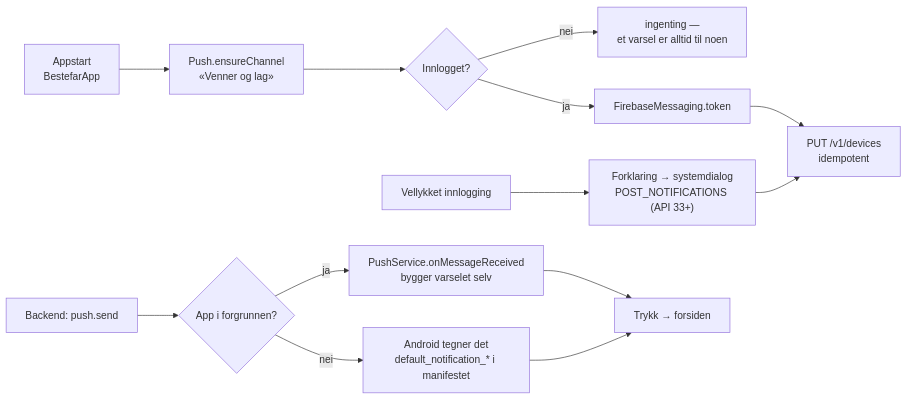
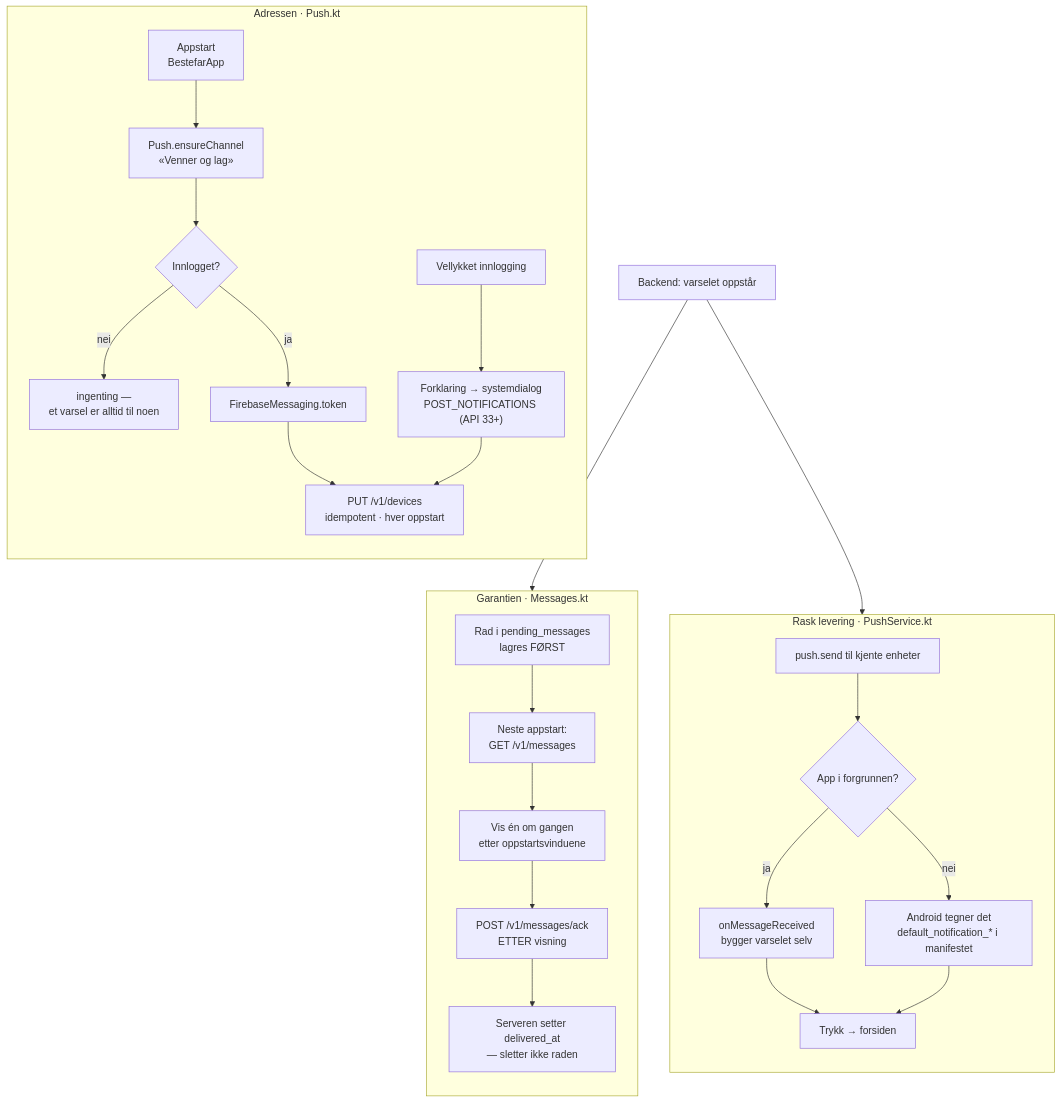
One commit to mrleenudler/bestefar changed the fourth of 4 diagrams in docs/flytskjema.md. Above: the diagram before and after it, drawn with Mermaid. The commit also changed other lines of this file and 15 other files, not shown here.

````diff
--- a/docs/flytskjema.md
+++ b/docs/flytskjema.md
@@ -263,15 +260,33 @@
 ```mermaid
-flowchart LR
-    APP["Appstart<br/>BestefarApp"] --> CH["Push.ensureChannel<br/>«Venner og lag»"]
-    CH --> REG{"Innlogget?"}
-    REG -->|"nei"| NOOP["ingenting —<br/>et varsel er alltid til noen"]
-    REG -->|"ja"| TOK["FirebaseMessaging.token"]
-    TOK --> PUT["PUT /v1/devices<br/>idempotent"]
-    LOGIN["Vellykket innlogging"] --> ASK["Forklaring → systemdialog<br/>POST_NOTIFICATIONS (API 33+)"]
-    ASK --> PUT
-    SRV["Backend: push.send"] --> FG{"App i forgrunnen?"}
-    FG -->|"ja"| SVC["PushService.onMessageReceived<br/>bygger varselet selv"]
-    FG -->|"nei"| SYS["Android tegner det<br/>default_notification_* i manifestet"]
-    SVC --> TAP["Trykk → forsiden"]
-    SYS --> TAP
+flowchart TD
+    subgraph ADR ["Adressen · Push.kt"]
+        direction TB
+        APP["Appstart<br/>BestefarApp"] --> CH["Push.ensureChannel<br/>«Venner og lag»"]
+        CH --> REG{"Innlogget?"}
+        REG -->|"nei"| NOOP["ingenting —<br/>et varsel er alltid til noen"]
+        REG -->|"ja"| TOK["FirebaseMessaging.token"]
+        TOK --> PUT["PUT /v1/devices<br/>idempotent · hver oppstart"]
+        LOGIN["Vellykket innlogging"] --> ASK["Forklaring → systemdialog<br/>POST_NOTIFICATIONS (API 33+)"]
+        ASK --> PUT
+    end
+
+    SRV["Backend: varselet oppstår"] --> KOE["Rad i pending_messages<br/>lagres FØRST"]
+    SRV --> SND["push.send til kjente enheter"]
+
+    subgraph RASK ["Rask levering · PushService.kt"]
+        direction TB
+        SND --> FG{"App i forgrunnen?"}
+        FG -->|"ja"| SVC["onMessageReceived<br/>bygger varselet selv"]
+        FG -->|"nei"| SYS["Android tegner det<br/>default_notification_* i manifestet"]
+        SVC --> TAP["Trykk → forsiden"]
+        SYS --> TAP
+    end
+
+    subgraph GARANTI ["Garantien · Messages.kt"]
+        direction TB
+        KOE --> GET["Neste appstart:<br/>GET /v1/messages"]
+        GET --> VIS["Vis én om gangen<br/>etter oppstartsvinduene"]
+        VIS --> ACK["POST /v1/messages/ack<br/>ETTER visning"]
+        ACK --> MARK["Serveren setter delivered_at<br/>— sletter ikke raden"]
+    end
 ```
````
